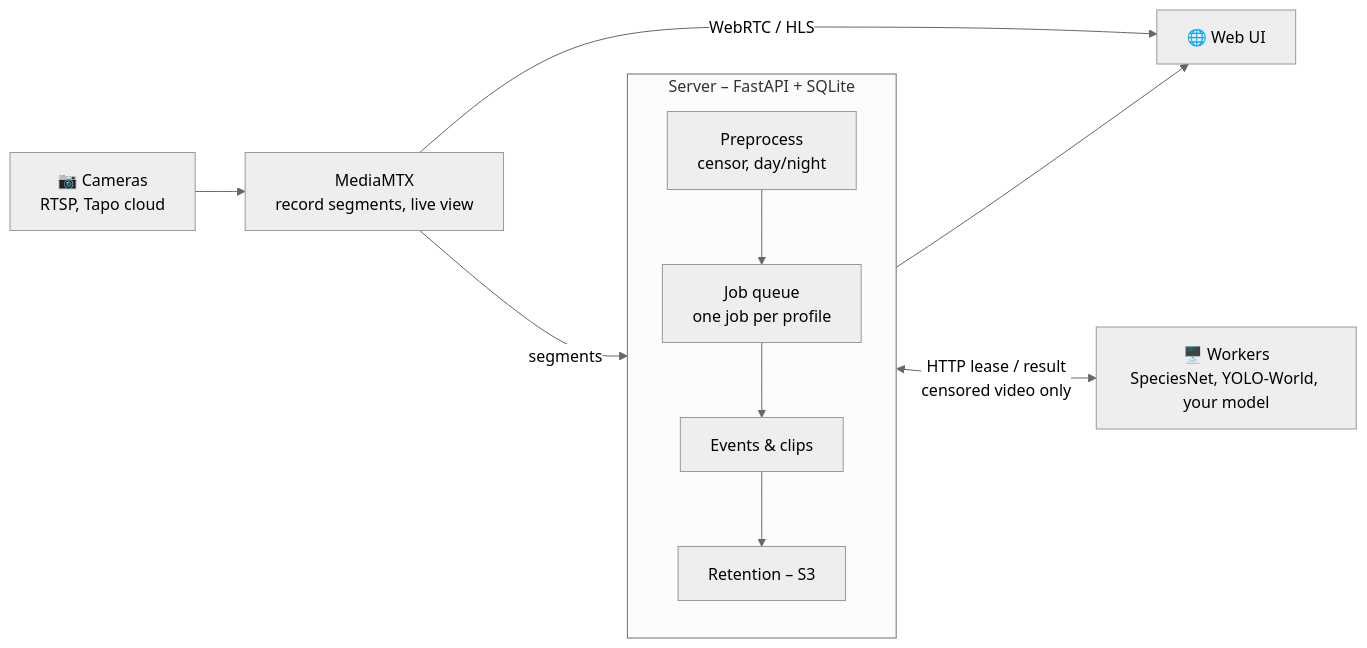
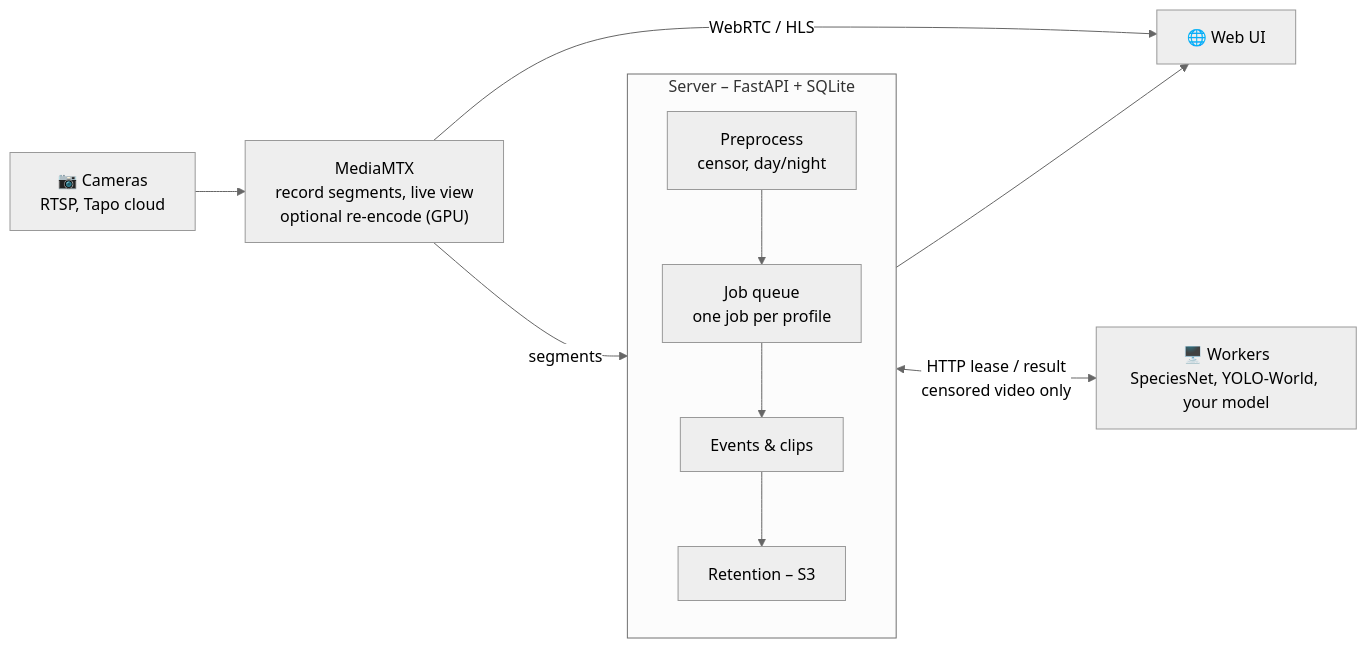
The diagram in README.md (nikteg/foxcam), drawn with Mermaid (neutral theme) before and after one commit. The commit also changed other lines of this file and 1 other file, not shown here.

First line of the commit message:
README: recording profiles, low-data live, hardware encoding, new tasks

````diff
--- a/README.md
+++ b/README.md
@@ -91,13 +92,13 @@
 ```mermaid
 flowchart LR
-  cams["📷 Cameras<br/>RTSP, Tapo cloud"] --> mtx["MediaMTX<br/>record segments, live view"]
+  cams["📷 Cameras<br/>RTSP, Tapo cloud"] --> mtx["MediaMTX<br/>record segments, live view<br/>optional re-encode (GPU)"]
   mtx -->|segments| pre
   subgraph server ["Server – FastAPI + SQLite"]
     direction TB
     pre["Preprocess<br/>censor, day/night"] --> q["Job queue<br/>one job per profile"]
     q --> ev["Events & clips"] --> ret["Retention – S3"]
   end
   q <-->|"HTTP lease / result<br/>censored video only"| workers["🖥️ Workers<br/>SpeciesNet, YOLO-World, your model"]
   server --> ui["🌐 Web UI"]
   mtx -->|WebRTC / HLS| ui
 ```
````
